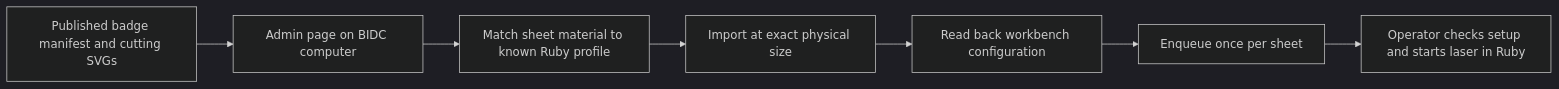
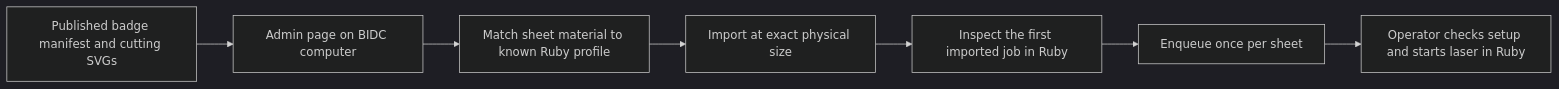
The diagram in docs/ruby.md (purduehackers/badges), drawn with Mermaid (dark theme) before and after one commit. The commit also changed other lines of this file and 3 other files, not shown here.

````diff
--- a/docs/ruby.md
+++ b/docs/ruby.md
@@ -24,9 +26,9 @@
 ```mermaid
 flowchart LR
   A[Published badge manifest and cutting SVGs] --> B[Admin page on BIDC computer]
   B --> C[Match sheet material to known Ruby profile]
   C --> D[Import at exact physical size]
-  D --> E[Read back workbench configuration]
+  D --> E[Inspect the first imported job in Ruby]
   E --> F[Enqueue once per sheet]
   F --> G[Operator checks setup and starts laser in Ruby]
 ```
````
